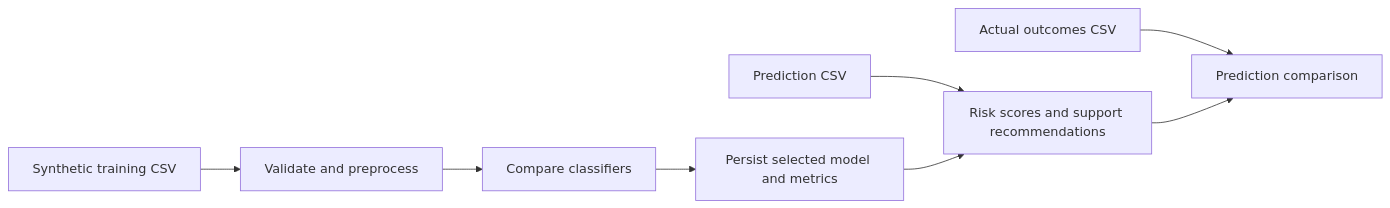
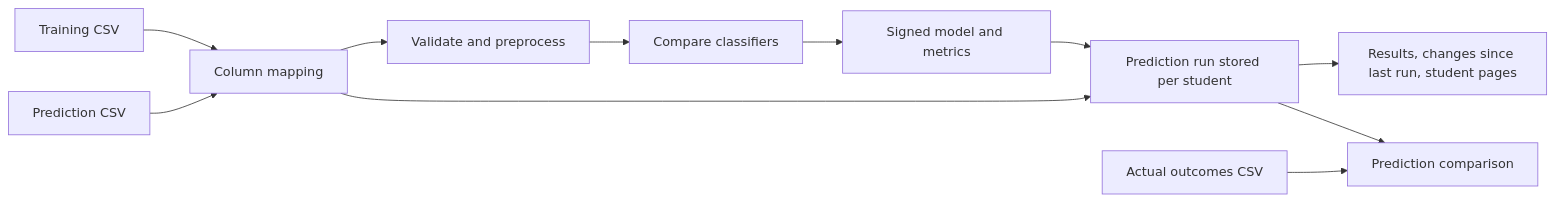
The diagram in README.md (RidhanPar/edupulse-platform), drawn with Mermaid before and after one commit. The commit also changed other lines of this file and 2 other files, not shown here.

````diff
--- a/README.md
+++ b/README.md
@@ -26,10 +29,13 @@
 ```mermaid
 flowchart LR
-    A[Synthetic training CSV] --> B[Validate and preprocess]
+    A[Training CSV] --> M[Column mapping]
+    E[Prediction CSV] --> M
+    M --> B[Validate and preprocess]
     B --> C[Compare classifiers]
-    C --> D[Persist selected model and metrics]
-    E[Prediction CSV] --> F[Risk scores and support recommendations]
-    D --> F
+    C --> D[Signed model and metrics]
+    D --> F[Prediction run stored per student]
+    M --> F
+    F --> R[Results, changes since last run, student pages]
     G[Actual outcomes CSV] --> H[Prediction comparison]
     F --> H
 ```
````
